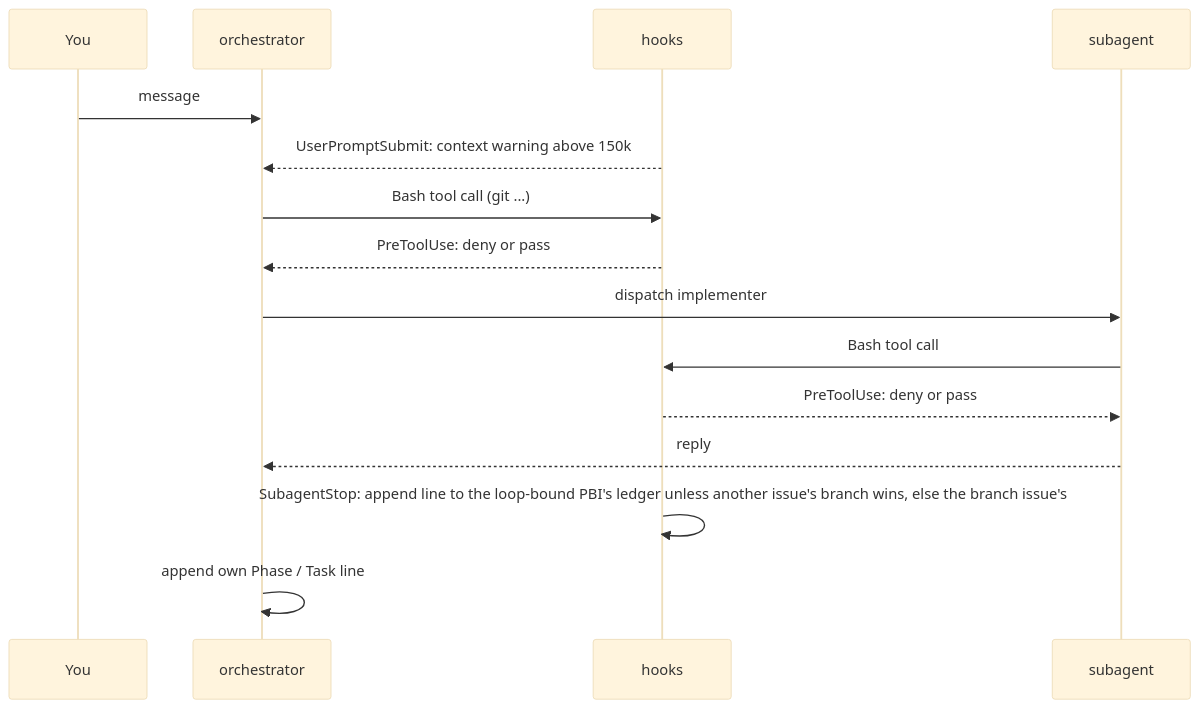
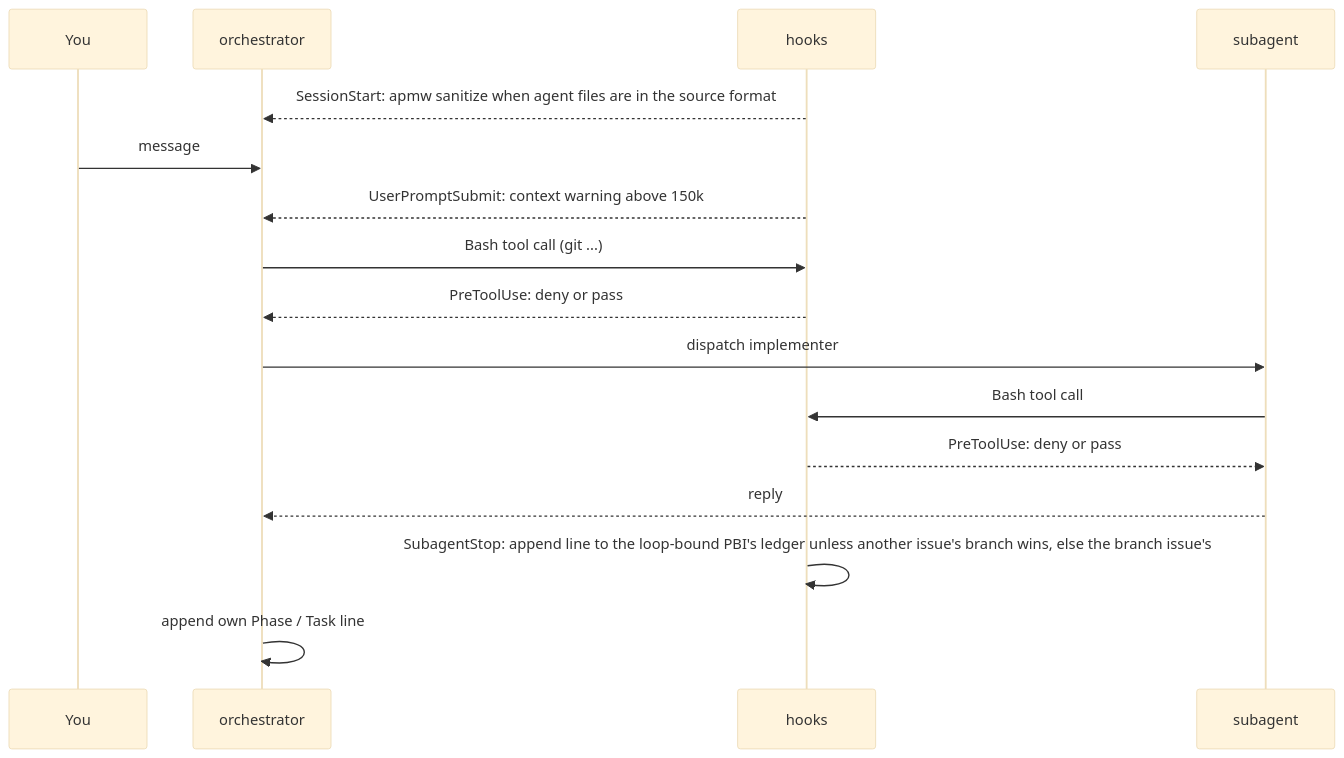
Before and after one commit to GravionLabs/apm-hub: diagram 11 of 11 in docs/orchestrator.md, drawn with Mermaid (base theme). The commit also changed other lines of this file and 8 other files, not shown here.

First line of the commit message:
feat(hooks): SessionStart hook sanitizes unsanitized agent files (#652) (#654)

````diff
--- a/docs/orchestrator.md
+++ b/docs/orchestrator.md
@@ -395,17 +396,18 @@
 ```mermaid
 sequenceDiagram
     participant U as You
     participant O as orchestrator
     participant H as hooks
     participant S as subagent
+    H-->>O: SessionStart: apmw sanitize when agent files are in the source format
     U->>O: message
     H-->>O: UserPromptSubmit: context warning above 150k
     O->>H: Bash tool call (git ...)
     H-->>O: PreToolUse: deny or pass
     O->>S: dispatch implementer
     S->>H: Bash tool call
     H-->>S: PreToolUse: deny or pass
     S-->>O: reply
     H->>H: SubagentStop: append line to the loop-bound PBI's ledger unless another issue's branch wins, else the branch issue's
     O->>O: append own Phase / Task line
 ```
````
